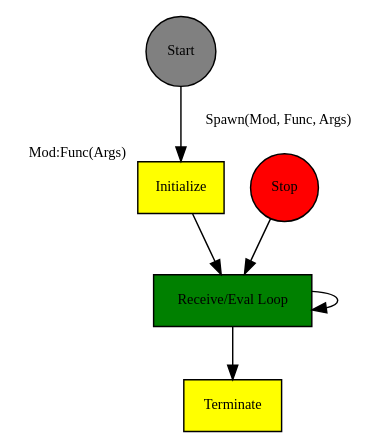
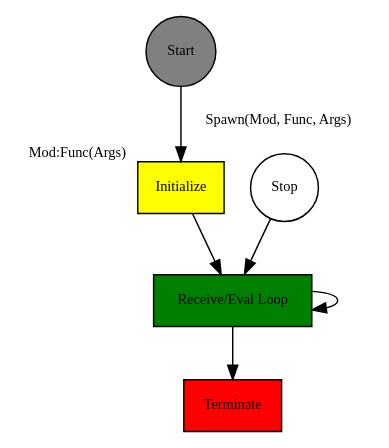
The third of 14 diagrams in presentation.org (dont-rely-on-nulls/gambiconf-2025), drawn with Graphviz before and after one commit. The commit also changed other lines of this file and 4 other files, not shown here.

```diff
--- a/presentation.org
+++ b/presentation.org
@@ -214,17 +217,17 @@
 #+BEGIN_SRC dot :file ./img/erlang_process_skeleton.png :cmdline -Kdot -Tpng :exports results
   digraph Process {
     node [fontsize="10pt", style=filled];
     
     start [label="Start", fillcolor=gray, shape=circle];
-    stop [label="Stop", fillcolor=red, shape=circle];
+    stop [label="Stop", fillcolor=white, shape=circle];
     init [label="Initialize", xlabel="Mod:Func(Args)", fillcolor=yellow, shape=rectangle];
     loop [label="Receive/Eval Loop", fillcolor=green, shape=rectangle]
-    terminate [label="Terminate", fillcolor=yellow, shape=rectangle];
+    terminate [label="Terminate", fillcolor=red, shape=rectangle];
 
     start -> init [label="  Spawn(Mod, Func, Args)", fontsize="10pt", minlen=1];
     init -> loop
     loop -> loop
     stop -> loop
     loop -> terminate
   }
 #+END_SRC
```
